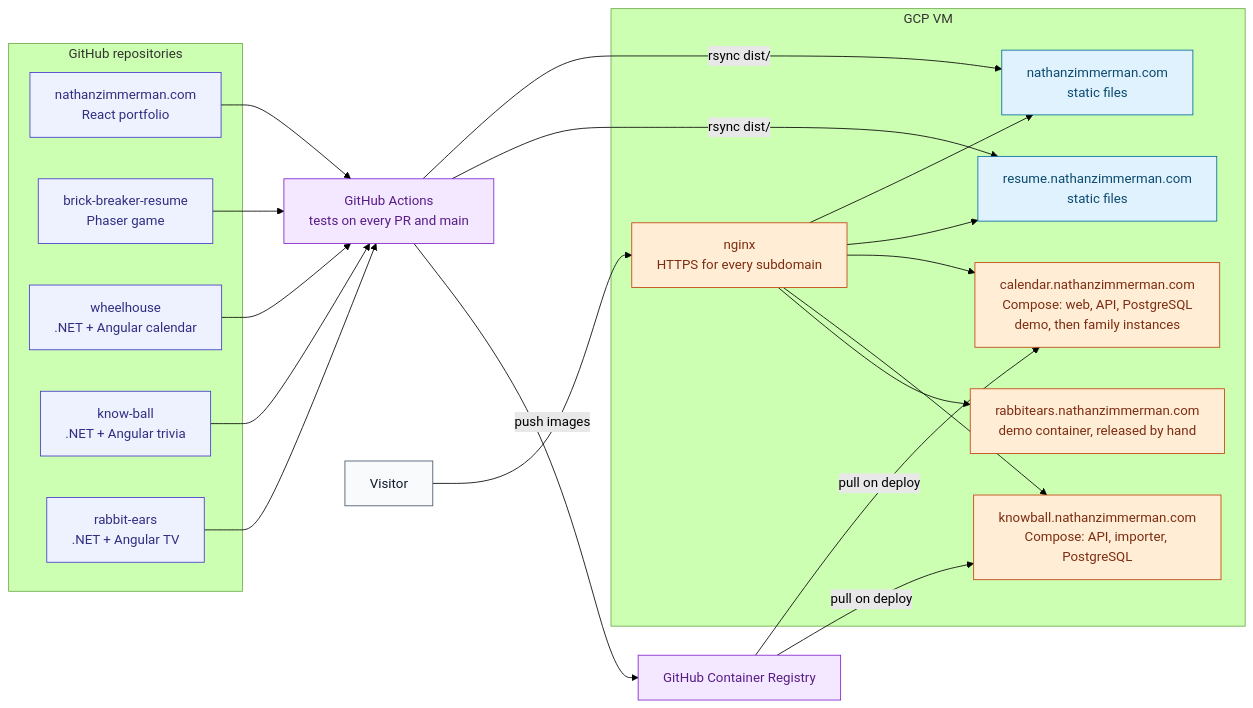
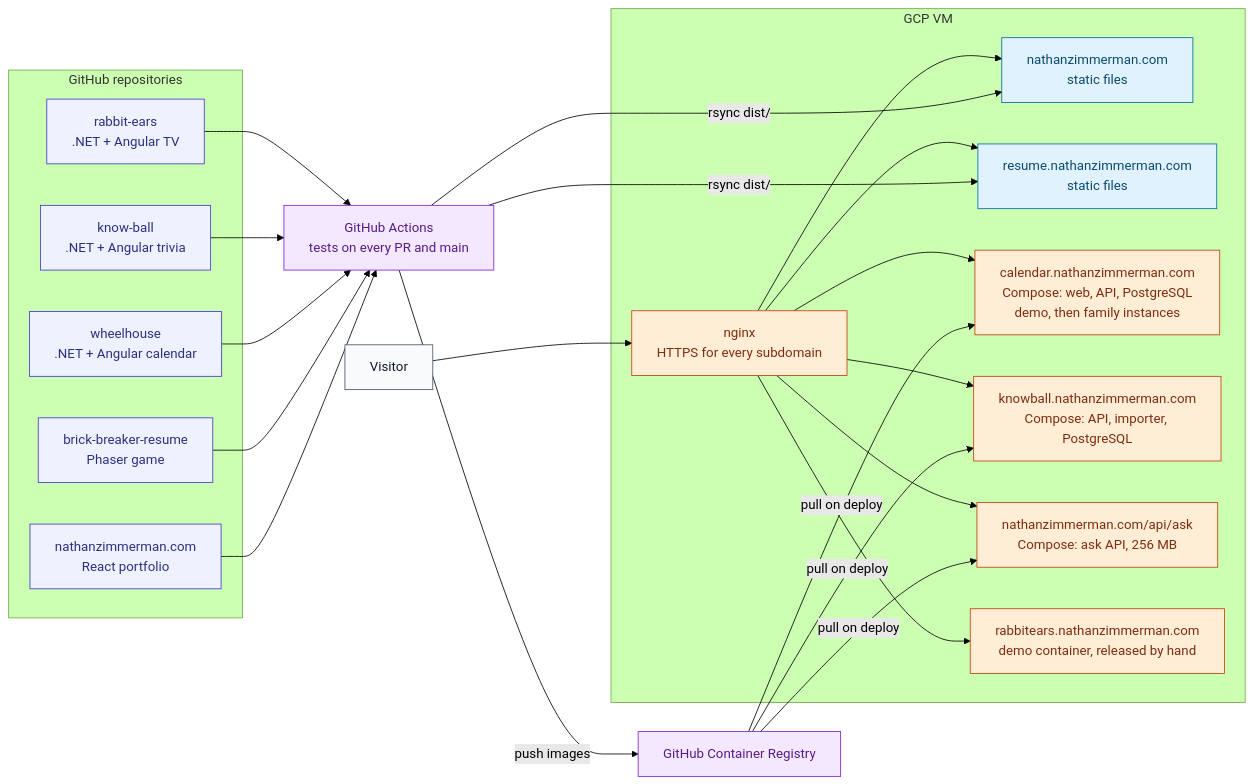
One commit to natezimm/nathanzimmerman.com changed the second of 2 diagrams in docs/architecture.md. Above: the diagram before and after it, drawn with Mermaid (forest theme). The commit also changed other lines of this file and 30 other files, not shown here.

````diff
--- a/docs/architecture.md
+++ b/docs/architecture.md
@@ -58,41 +64,42 @@
 ```mermaid
 flowchart LR
   subgraph Repos["GitHub repositories"]
     PortfolioRepo["nathanzimmerman.com<br/>React portfolio"]
     BrickRepo["brick-breaker-resume<br/>Phaser game"]
     WheelhouseRepo["wheelhouse<br/>.NET + Angular calendar"]
     KnowBallRepo["know-ball<br/>.NET + Angular trivia"]
     RabbitRepo["rabbit-ears<br/>.NET + Angular TV"]
   end
 
   Actions["GitHub Actions<br/>tests on every PR and main"]
   Ghcr["GitHub Container Registry"]
 
   PortfolioRepo & BrickRepo & WheelhouseRepo & KnowBallRepo & RabbitRepo --> Actions
   Actions -->|"rsync dist/"| PortfolioSite & BrickSite
   Actions -->|"push images"| Ghcr
-  Ghcr -->|"pull on deploy"| WheelhouseSite & KnowBallSite
+  Ghcr -->|"pull on deploy"| WheelhouseSite & KnowBallSite & AskSite
 
   subgraph Vm["GCP VM"]
     Nginx["nginx<br/>HTTPS for every subdomain"]
     PortfolioSite["nathanzimmerman.com<br/>static files"]
+    AskSite["nathanzimmerman.com/api/ask<br/>Compose: ask API, 256 MB"]
     BrickSite["resume.nathanzimmerman.com<br/>static files"]
     WheelhouseSite["calendar.nathanzimmerman.com<br/>Compose: web, API, PostgreSQL<br/>demo, then family instances"]
     KnowBallSite["knowball.nathanzimmerman.com<br/>Compose: API, importer, PostgreSQL"]
     RabbitSite["rabbitears.nathanzimmerman.com<br/>demo container, released by hand"]
   end
 
   Visitor["Visitor"] --> Nginx
-  Nginx --> PortfolioSite & BrickSite & WheelhouseSite & KnowBallSite & RabbitSite
+  Nginx --> PortfolioSite & AskSite & BrickSite & WheelhouseSite & KnowBallSite & RabbitSite
 
   classDef user fill:#f8fafc,stroke:#475569,color:#0f172a
   classDef site fill:#e0f2fe,stroke:#0369a1,color:#0c4a6e
   classDef server fill:#ffedd5,stroke:#c2410c,color:#7c2d12
   classDef repo fill:#eef2ff,stroke:#4338ca,color:#312e81
   classDef delivery fill:#f3e8ff,stroke:#7e22ce,color:#581c87
   class Visitor user
   class PortfolioRepo,BrickRepo,WheelhouseRepo,KnowBallRepo,RabbitRepo repo
   class PortfolioSite,BrickSite site
-  class Nginx,WheelhouseSite,KnowBallSite,RabbitSite server
+  class Nginx,WheelhouseSite,KnowBallSite,RabbitSite,AskSite server
   class Actions,Ghcr delivery
 ```
````
